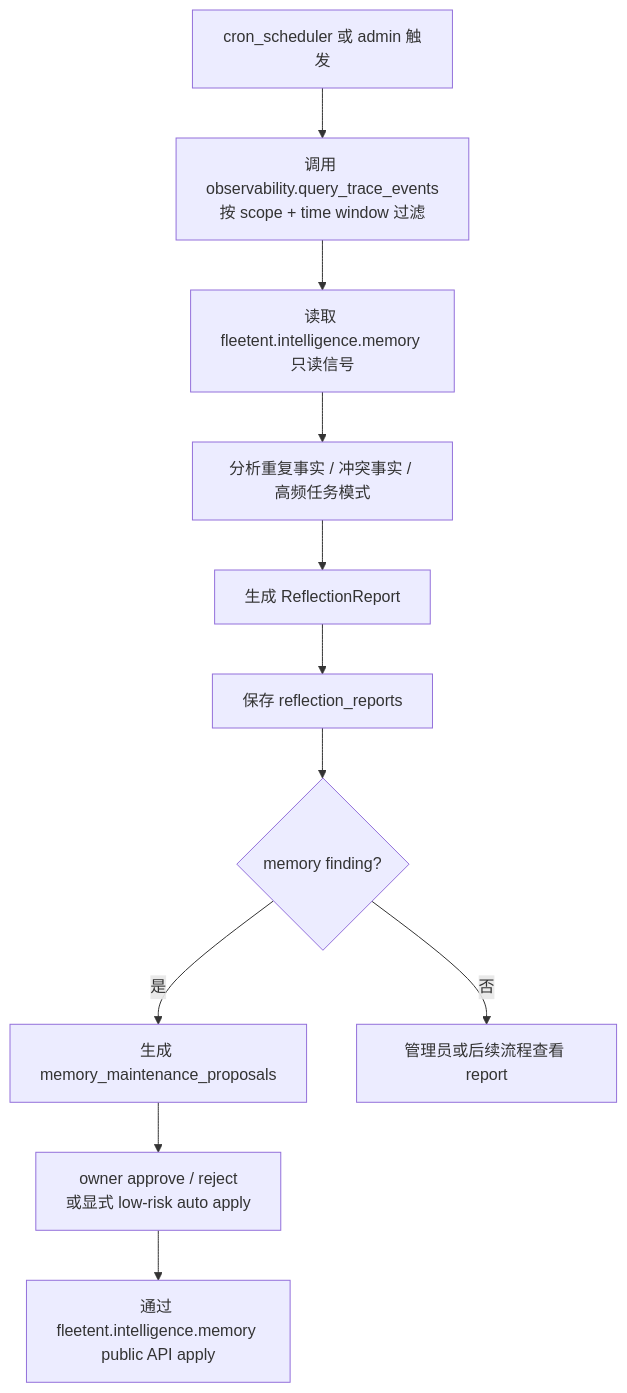
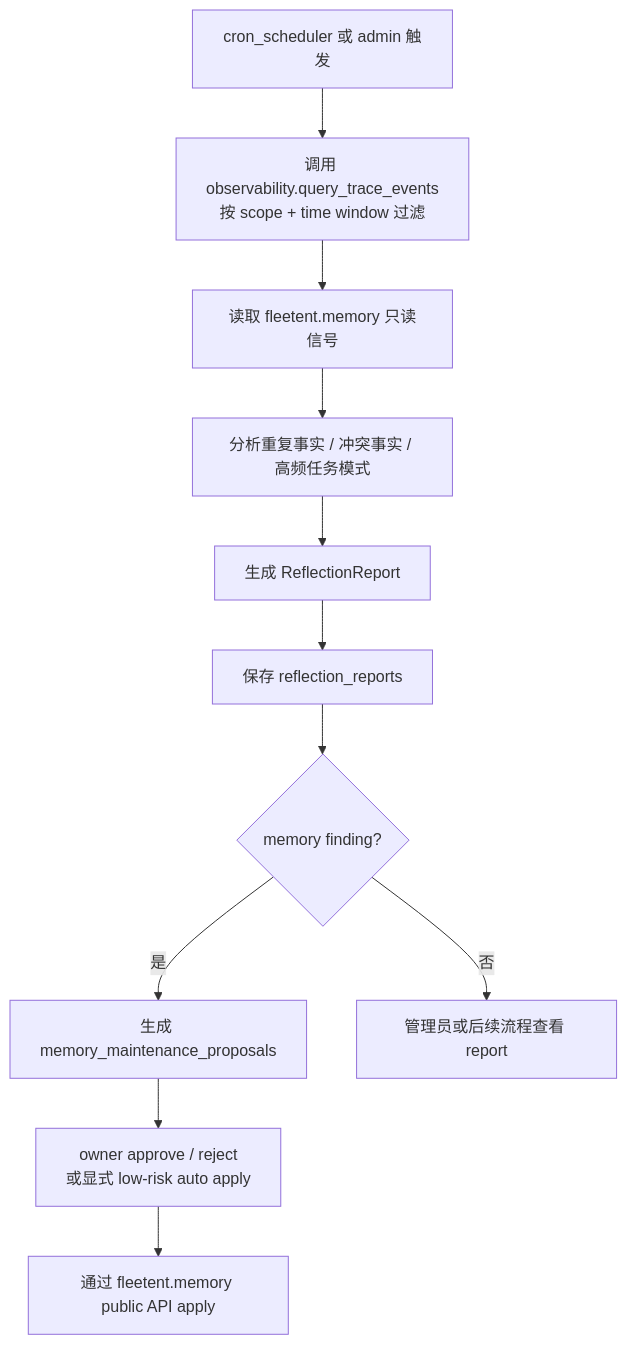
One commit to Summy2104/fleetent changed the diagram in docs/capabilities/reflection.md. Above: the diagram before and after it, drawn with Mermaid. The commit also changed other lines of this file and 10 other files, not shown here.

First line of the commit message:
docs: sync capability/architecture docs to as-built #3/#4 state

````diff
--- a/docs/capabilities/reflection.md
+++ b/docs/capabilities/reflection.md
@@ -36,13 +36,13 @@
 ```mermaid
 flowchart TD
     A[cron_scheduler 或 admin 触发] --> B[调用 observability.query_trace_events\n按 scope + time window 过滤]
-    B --> C["读取 fleetent.intelligence.memory 只读信号"]
+    B --> C["读取 fleetent.memory 只读信号"]
     C --> D[分析重复事实 / 冲突事实 / 高频任务模式]
     D --> E[生成 ReflectionReport]
     E --> F[保存 reflection_reports]
     F --> G{memory finding?}
     G -->|是| H[生成 memory_maintenance_proposals]
     G -->|否| I[管理员或后续流程查看 report]
     H --> J[owner approve / reject\n或显式 low-risk auto apply]
-    J --> K["通过 fleetent.intelligence.memory public API apply"]
+    J --> K["通过 fleetent.memory public API apply"]
 ```
````
